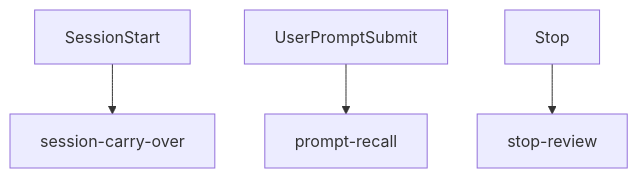
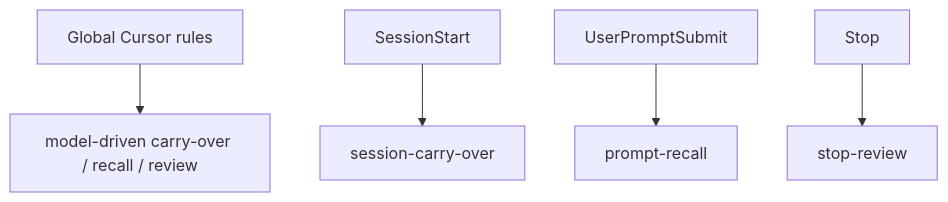
Before and after one commit to yuanze-dev/Corivo: the fourth of 4 diagrams in docs/superpowers/specs/2026-03-30-multi-host-active-memory-design.md, drawn with Mermaid. The commit also changed other lines of this file and 18 other files, not shown here.

````diff
--- a/docs/superpowers/specs/2026-03-30-multi-host-active-memory-design.md
+++ b/docs/superpowers/specs/2026-03-30-multi-host-active-memory-design.md
@@ -188,6 +188,7 @@
 ```mermaid
 flowchart TD
-    A["SessionStart"] --> B["session-carry-over"]
-    C["UserPromptSubmit"] --> D["prompt-recall"]
-    E["Stop"] --> F["stop-review"]
+    A["Global Cursor rules"] --> B["model-driven carry-over / recall / review"]
+    C["SessionStart"] --> D["session-carry-over"]
+    E["UserPromptSubmit"] --> F["prompt-recall"]
+    G["Stop"] --> H["stop-review"]
 ```
````
